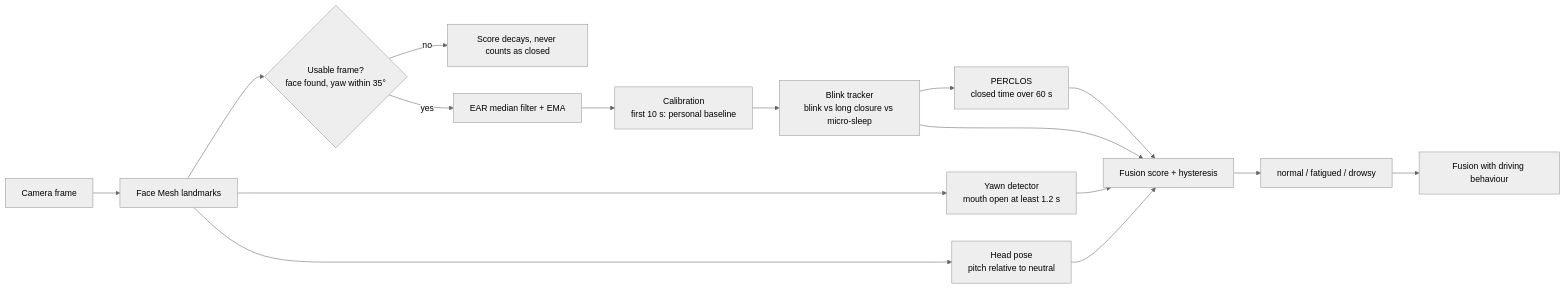
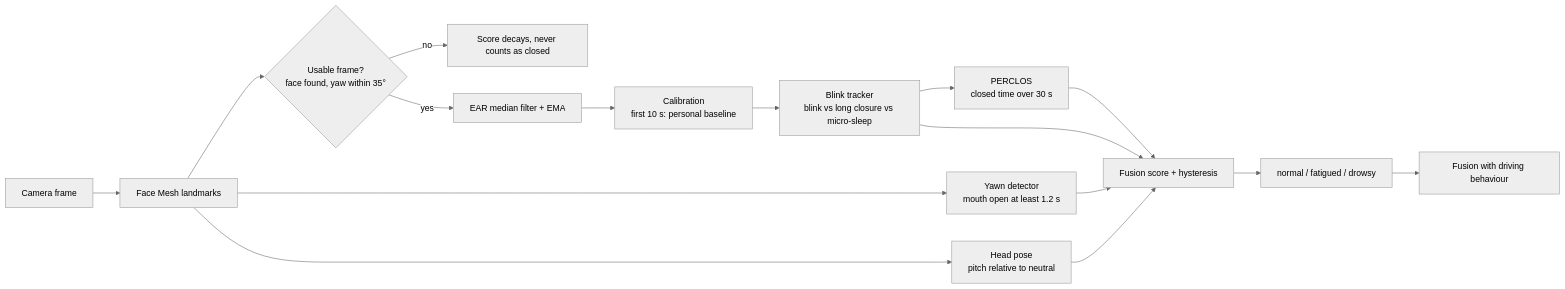
The first of 5 diagrams in README.md (JAIdamodharan/adaptive-cockpit-dashboard), drawn with Mermaid (neutral theme) before and after one commit. The commit also changed other lines of this file and 1 other file, not shown here.

Commit message:
Time-based drowsiness smoothing, 30 s window; README: camera preview and web deployment notes

````diff
--- a/README.md
+++ b/README.md
@@ -25,18 +25,18 @@
 ```mermaid
 flowchart LR
     F[Camera frame] --> L[Face Mesh landmarks]
     L --> Q{Usable frame?<br/>face found, yaw within 35°}
     Q -- no --> D[Score decays, never counts as closed]
     Q -- yes --> E[EAR median filter + EMA]
     E --> C[Calibration<br/>first 10 s: personal baseline]
     C --> B[Blink tracker<br/>blink vs long closure vs micro-sleep]
-    B --> P[PERCLOS<br/>closed time over 60 s]
+    B --> P[PERCLOS<br/>closed time over 30 s]
     L --> Y[Yawn detector<br/>mouth open at least 1.2 s]
     L --> H[Head pose<br/>pitch relative to neutral]
     P --> S[Fusion score + hysteresis]
     B --> S
     Y --> S
     H --> S
     S --> R[normal / fatigued / drowsy]
     R --> V[Fusion with driving behaviour]
 ```
````
